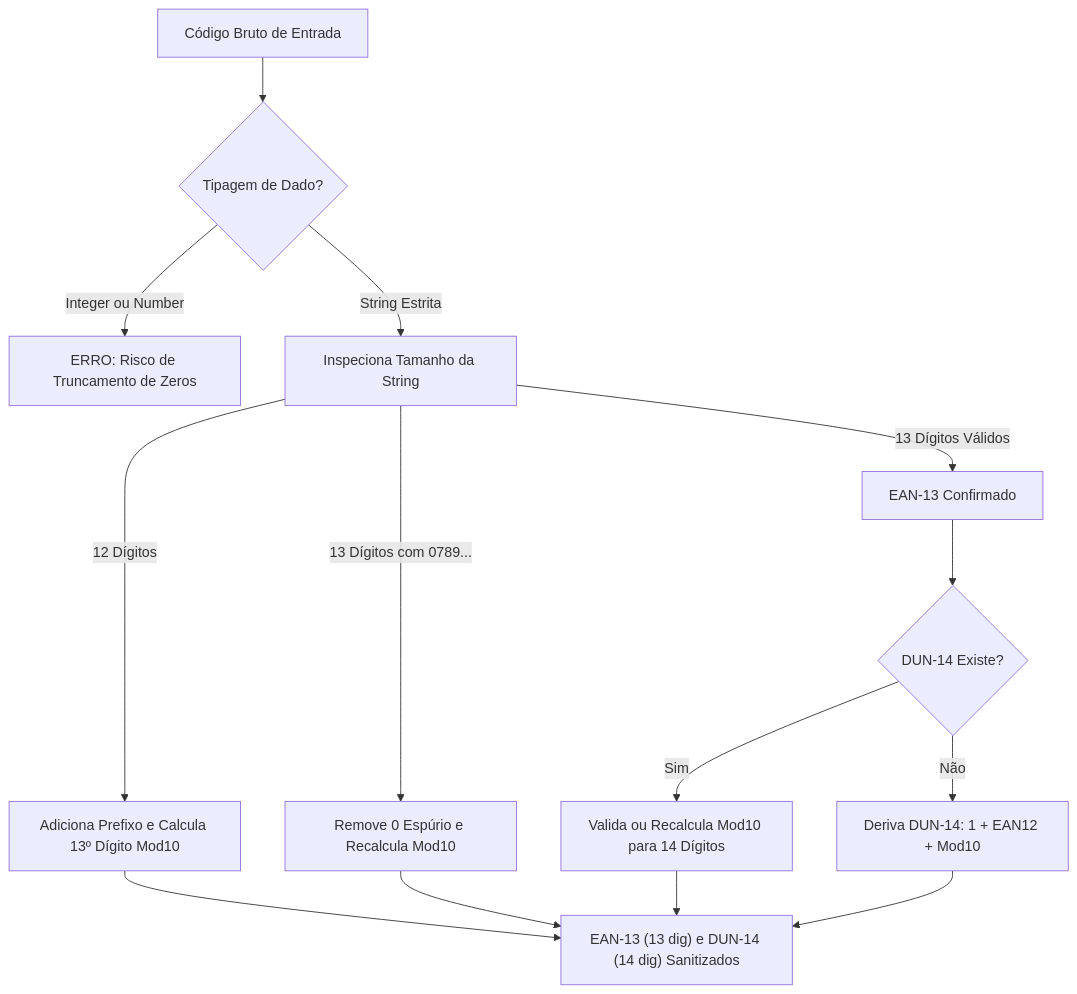
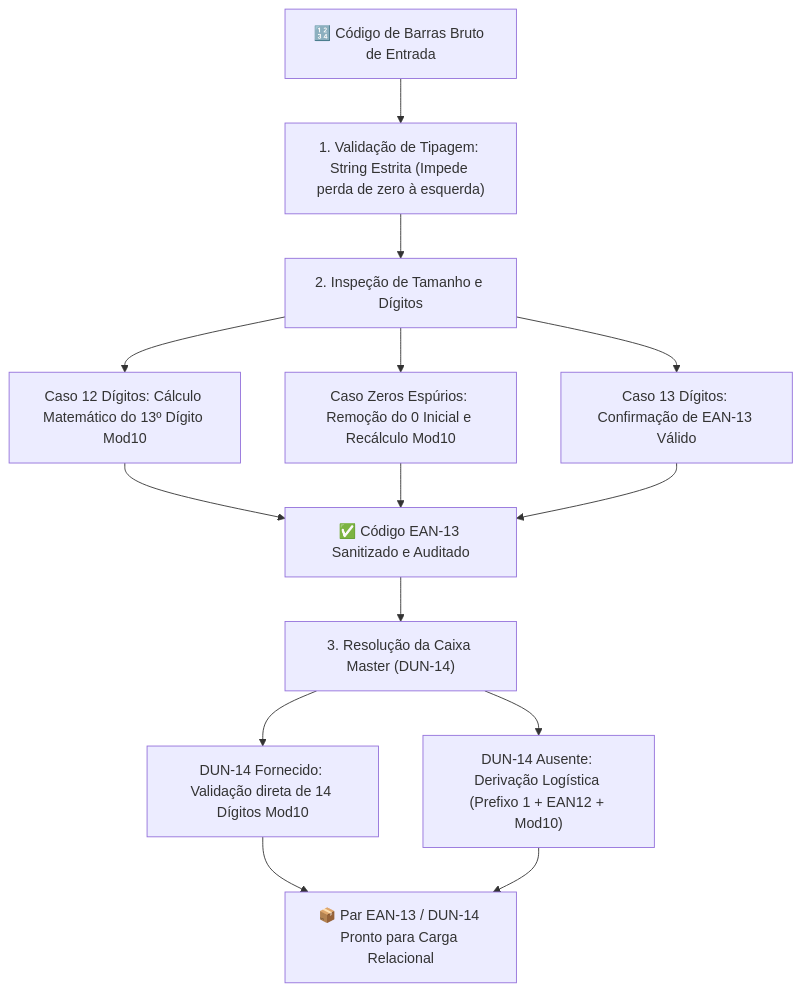
The diagram in docs/heuristicas-normalizadores.md (NaejBarbosa/paletscan-etl), drawn with Mermaid before and after one commit. The commit also changed other lines of this file and 9 other files, not shown here.

Commit message:
fix(docs): verticalizar diagramas com ramificacoes a direita e corrigir sintaxe Mermaid em todas as paginas

````diff
--- a/docs/heuristicas-normalizadores.md
+++ b/docs/heuristicas-normalizadores.md
@@ -26,16 +26,22 @@
 ```mermaid
 flowchart TD
-    A["Código Bruto de Entrada"] --> B{"Tipagem de Dado?"}
-    B -->|Integer ou Number| C["ERRO: Risco de Truncamento de Zeros"]
-    B -->|String Estrita| D["Inspeciona Tamanho da String"]
-    D -->|12 Dígitos| E["Adiciona Prefixo e Calcula 13º Dígito Mod10"]
-    D -->|13 Dígitos com 0789...| F["Remove 0 Espúrio e Recalcula Mod10"]
-    D -->|13 Dígitos Válidos| G["EAN-13 Confirmado"]
-    G --> H{"DUN-14 Existe?"}
-    H -->|Sim| I["Valida ou Recalcula Mod10 para 14 Dígitos"]
-    H -->|Não| J["Deriva DUN-14: 1 + EAN12 + Mod10"]
-    E --> K["EAN-13 (13 dig) e DUN-14 (14 dig) Sanitizados"]
-    F --> K
-    I --> K
-    J --> K
+    IN["🔢 Código de Barras Bruto de Entrada"]
+    
+    IN --> T1["1. Validação de Tipagem: String Estrita (Impede perda de zero à esquerda)"]
+    T1 --> T2["2. Inspeção de Tamanho e Dígitos"]
+    
+    T2 --> E1["Caso 12 Dígitos: Cálculo Matemático do 13º Dígito Mod10"]
+    T2 --> E2["Caso Zeros Espúrios: Remoção do 0 Inicial e Recálculo Mod10"]
+    T2 --> E3["Caso 13 Dígitos: Confirmação de EAN-13 Válido"]
+    
+    E1 --> EAN["✅ Código EAN-13 Sanitizado e Auditado"]
+    E2 --> EAN
+    E3 --> EAN
+    
+    EAN --> D1["3. Resolução da Caixa Master (DUN-14)"]
+    D1 --> D2["DUN-14 Fornecido: Validação direta de 14 Dígitos Mod10"]
+    D1 --> D3["DUN-14 Ausente: Derivação Logística (Prefixo 1 + EAN12 + Mod10)"]
+    
+    D2 --> OUT["📦 Par EAN-13 / DUN-14 Pronto para Carga Relacional"]
+    D3 --> OUT
 ```
````
